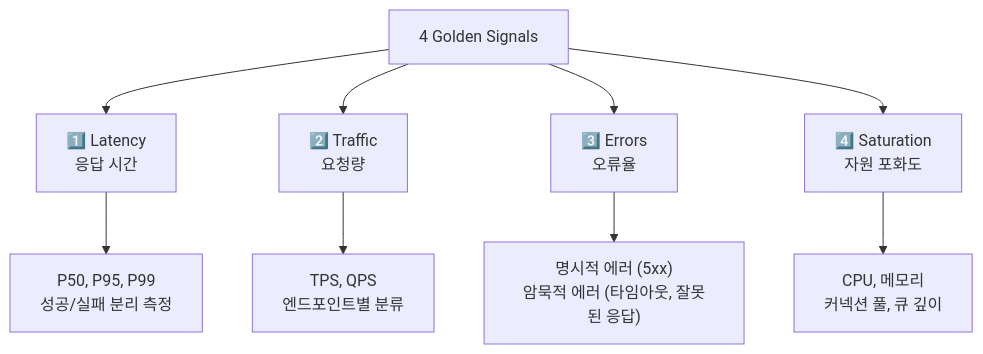
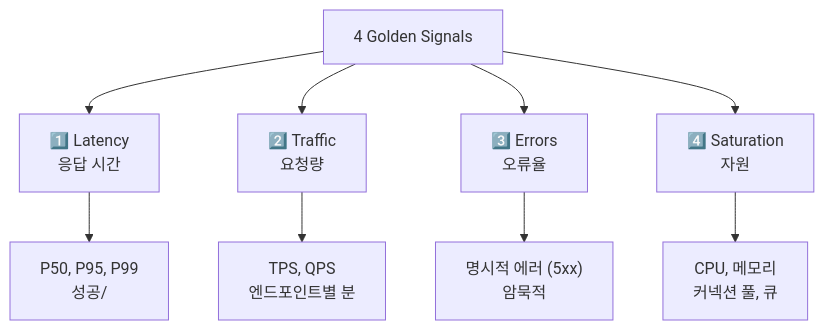
The first of 8 diagrams in _posts/monitoring/2026-05-03-sre-golden-signals.md (yjkim2015/yjkim2015.github.io), drawn with Mermaid before and after one commit. The commit also changed other lines of this file and 271 other files, not shown here.

First line of the commit message:
Mermaid 라벨 축소: 긴 노드 텍스트 18자 이하로 트림 + \n 제거

````diff
--- a/_posts/monitoring/2026-05-03-sre-golden-signals.md
+++ b/_posts/monitoring/2026-05-03-sre-golden-signals.md
@@ -32,12 +32,12 @@
 ```mermaid
 graph TD
     GS["4 Golden Signals"]
     GS --> LAT["1️⃣ Latency\n응답 시간"]
     GS --> TRA["2️⃣ Traffic\n요청량"]
     GS --> ERR["3️⃣ Errors\n오류율"]
-    GS --> SAT["4️⃣ Saturation\n자원 포화도"]
-    LAT --> LAT_D["P50, P95, P99\n성공/실패 분리 측정"]
-    TRA --> TRA_D["TPS, QPS\n엔드포인트별 분류"]
-    ERR --> ERR_D["명시적 에러 (5xx)\n암묵적 에러 (타임아웃, 잘못된 응답)"]
-    SAT --> SAT_D["CPU, 메모리\n커넥션 풀, 큐 깊이"]
+    GS --> SAT["4️⃣ Saturation\n자원"]
+    LAT --> LAT_D["P50, P95, P99\n성공/"]
+    TRA --> TRA_D["TPS, QPS\n엔드포인트별 분"]
+    ERR --> ERR_D["명시적 에러 (5xx)\n암묵적"]
+    SAT --> SAT_D["CPU, 메모리\n커넥션 풀, 큐"]
 ```
````
